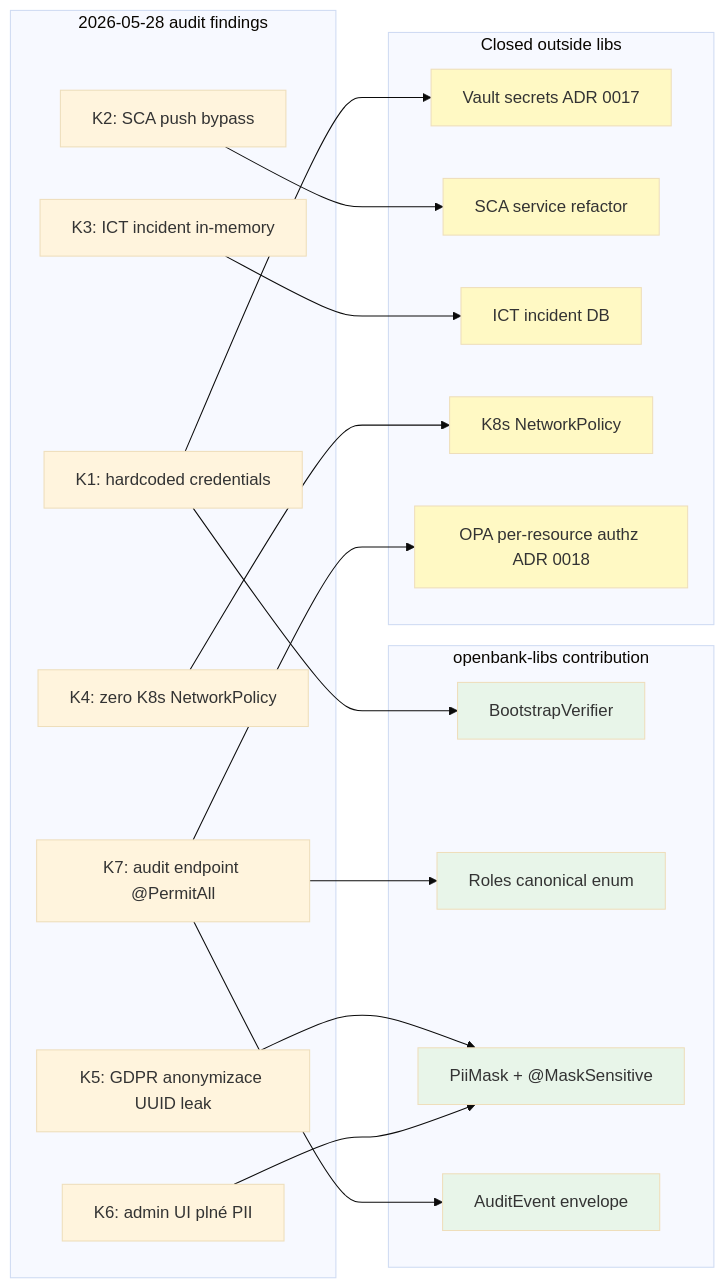
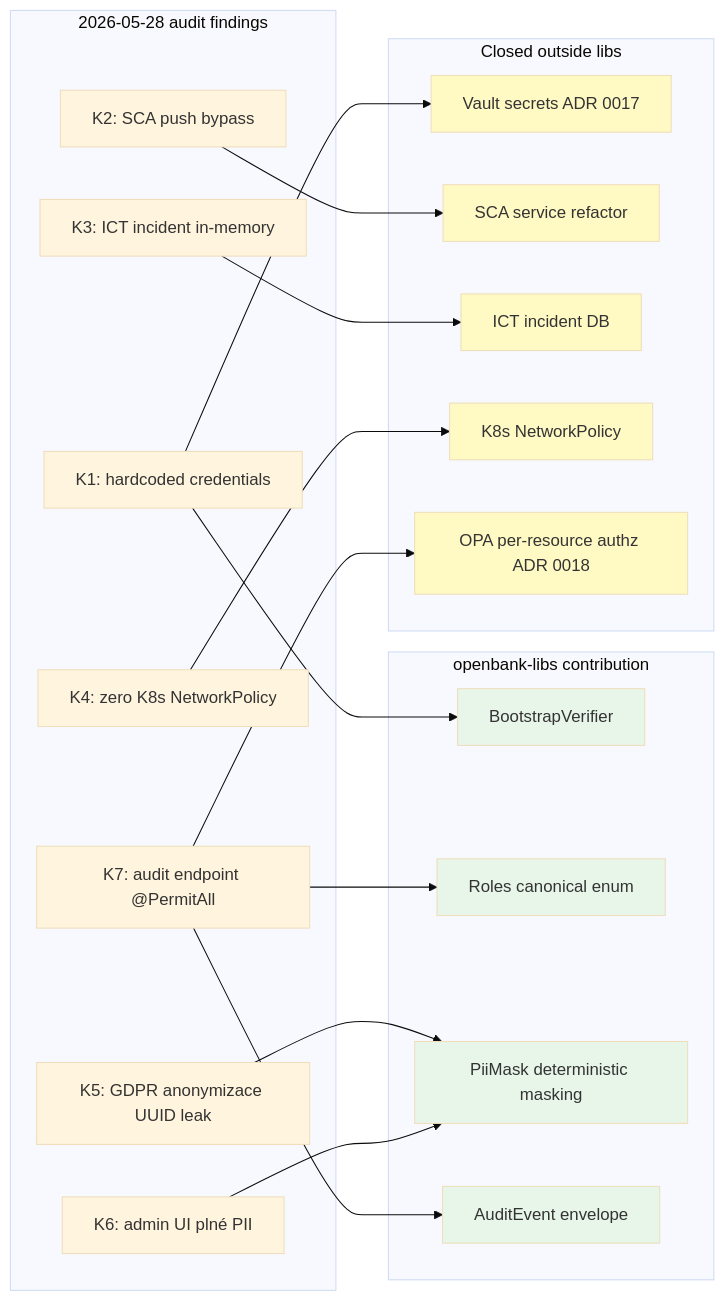
Before and after one commit to JiRaska/open-bank-oss: the diagram in openbank-libs/docs/06-compliance.cs.md, drawn with Mermaid (base theme). The commit also changed other lines of this file and 21 other files, not shown here.

````diff
--- a/openbank-libs/docs/06-compliance.cs.md
+++ b/openbank-libs/docs/06-compliance.cs.md
@@ -25,48 +25,48 @@
 ```mermaid
 graph LR
   subgraph Audit["2026-05-28 audit findings"]
     K1[K1: hardcoded credentials]
     K2[K2: SCA push bypass]
     K3[K3: ICT incident in-memory]
     K4[K4: zero K8s NetworkPolicy]
     K5[K5: GDPR anonymizace UUID leak]
     K6[K6: admin UI plné PII]
     K7[K7: audit endpoint @PermitAll]
   end
 
   subgraph LibsContrib["openbank-libs contribution"]
     BV[BootstrapVerifier]
     Roles[Roles canonical enum]
-    PiiMask[PiiMask + @MaskSensitive]
+    PiiMask[PiiMask deterministic masking]
     AuditEvent[AuditEvent envelope]
   end
 
   subgraph Outside["Closed outside libs"]
     Vault[Vault secrets ADR 0017]
     SCA[SCA service refactor]
     Incident[ICT incident DB]
     NetPol[K8s NetworkPolicy]
     OPA[OPA per-resource authz ADR 0018]
   end
 
   K1 --> BV
   K1 --> Vault
   K2 --> SCA
   K3 --> Incident
   K4 --> NetPol
   K5 --> PiiMask
   K6 --> PiiMask
   K7 --> Roles
   K7 --> OPA
   K7 --> AuditEvent
 
   style BV fill:#e8f5e9
   style PiiMask fill:#e8f5e9
   style Roles fill:#e8f5e9
   style AuditEvent fill:#e8f5e9
   style Vault fill:#fff9c4
   style SCA fill:#fff9c4
   style Incident fill:#fff9c4
   style NetPol fill:#fff9c4
   style OPA fill:#fff9c4
 ```
````
